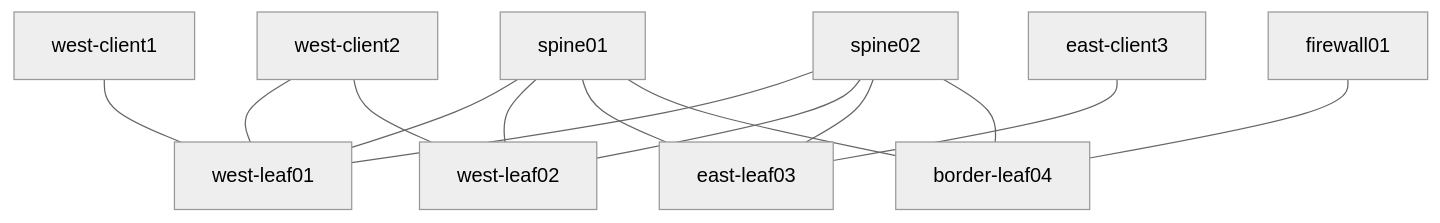
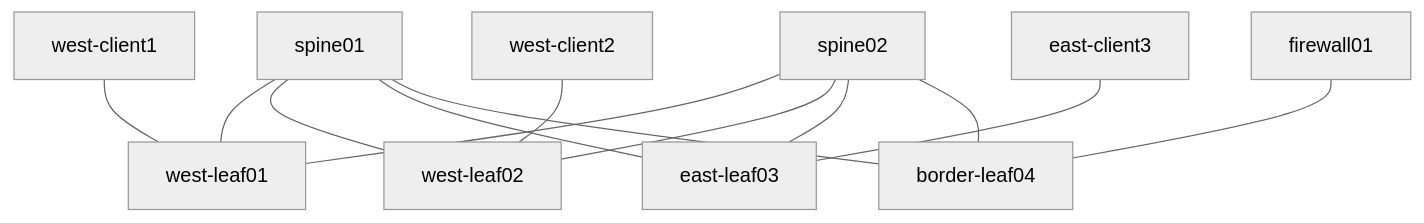
One commit to dbono711/clab-crpd-evpn-vxlan changed the diagram in README.md. Above: the diagram before and after it, drawn with Mermaid (neutral theme). The commit also changed other lines of this file and 11 other files, not shown here.

````diff
--- a/README.md
+++ b/README.md
@@ -25,16 +25,15 @@
 ```mermaid
 graph TD
   spine01---west-leaf01
   spine01---west-leaf02
   spine01---east-leaf03
   spine01---border-leaf04
   spine02---west-leaf01
   spine02---west-leaf02
   spine02---east-leaf03
   spine02---border-leaf04
   firewall01---border-leaf04
   west-client1---west-leaf01
-  west-client2---west-leaf01
   west-client2---west-leaf02
   east-client3---east-leaf03
 ```
````
